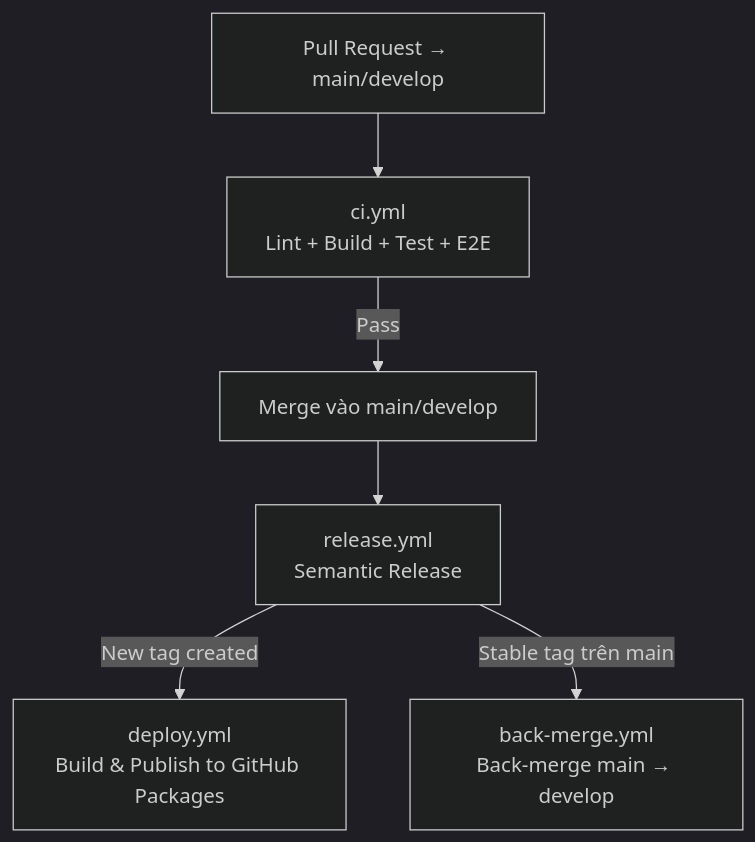
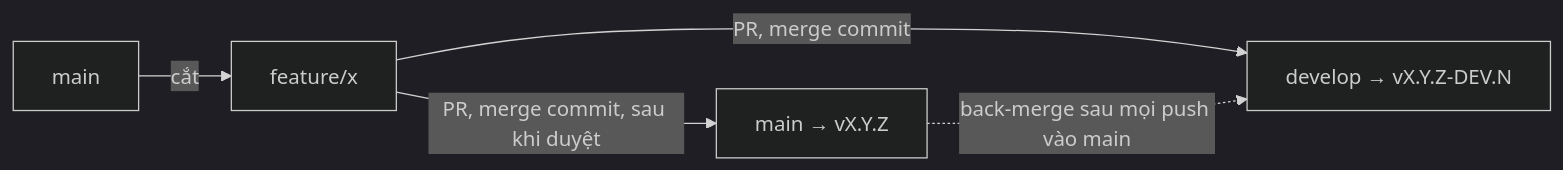
One commit to duydpdev/style-generator changed the diagram in documents/deploy.md. Above: the diagram before and after it, drawn with Mermaid (dark theme). The commit also changed other lines of this file and 13 other files, not shown here.

Commit message:
[ci] land features from main into develop and main separately

````diff
--- a/documents/deploy.md
+++ b/documents/deploy.md
@@ -26,8 +29,7 @@
 ```mermaid
-flowchart TD
-    PR["Pull Request → main/develop"] --> CI["ci.yml\nLint + Build + Test + E2E"]
-    CI -->|Pass| Merge["Merge vào main/develop"]
-    Merge --> Release["release.yml\nSemantic Release"]
-    Release -->|New tag created| Deploy["deploy.yml\nBuild & Publish to GitHub Packages"]
-    Release -->|Stable tag trên main| BackMerge["back-merge.yml\nBack-merge main → develop"]
+flowchart LR
+    M[main] -->|cắt| F["feature/x"]
+    F -->|PR, merge commit| D["develop → vX.Y.Z-DEV.N"]
+    F -->|PR, merge commit, sau khi duyệt| M2["main → vX.Y.Z"]
+    M2 -.->|back-merge sau mọi push vào main| D
 ```
````
